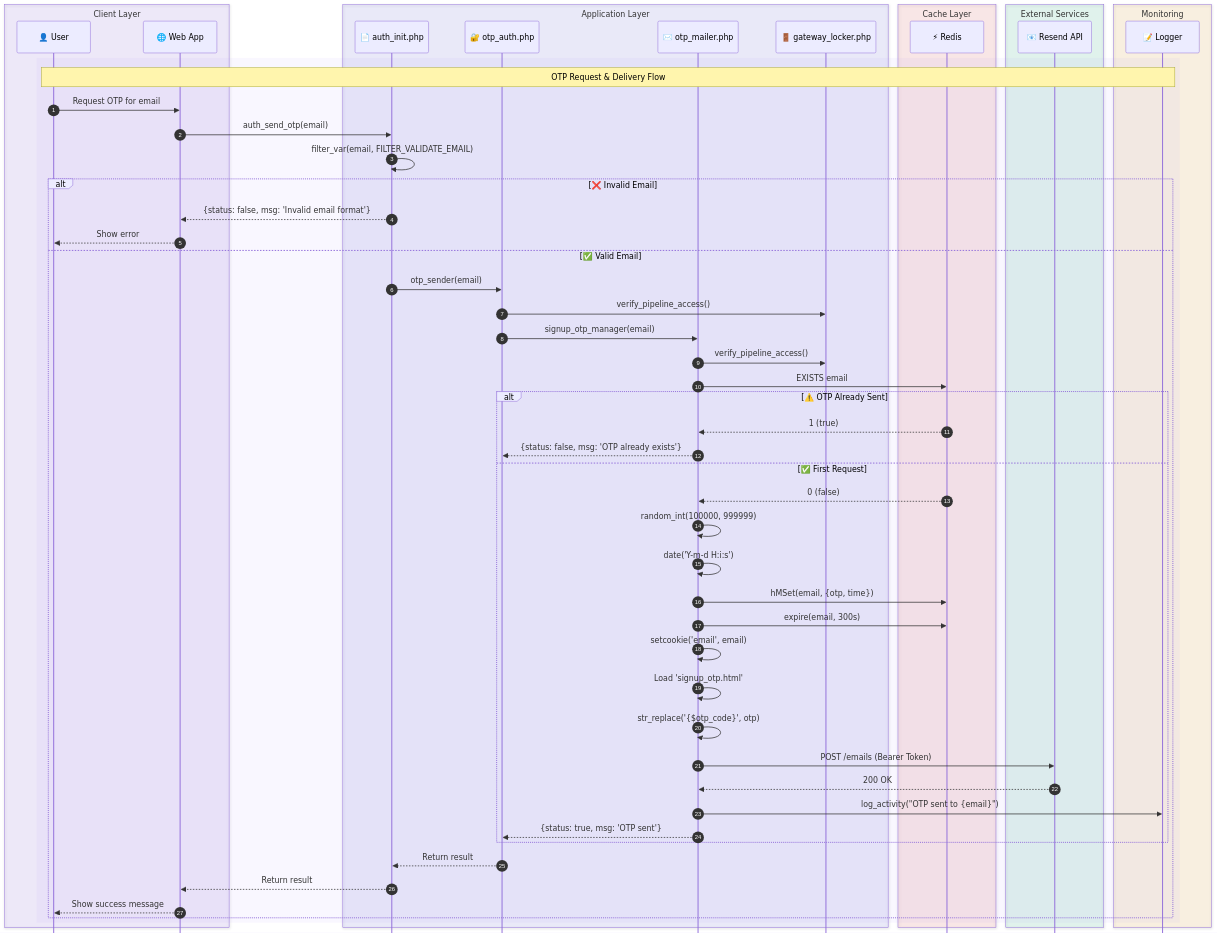
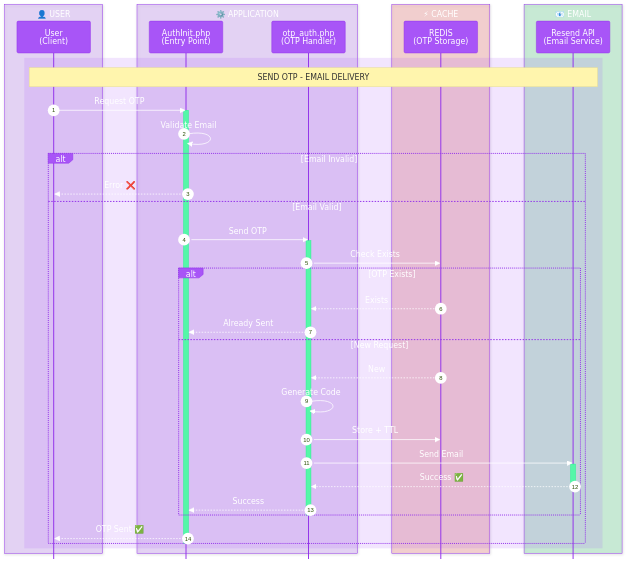
Before and after one commit to Vercodea/auth-core: the second of 8 diagrams in README.md, drawn with Mermaid. The commit also changed other lines of this file, not shown here.

Commit message:
Initial commit: Vercodea Auth Core v1.0.0

````diff
--- a/README.md
+++ b/README.md
@@ -574,74 +581,48 @@
 ```mermaid
-%%{init: {'theme': 'default', 'themeVariables': { 'primaryColor': '#8b5cf6', 'primaryTextColor': '#ffffff', 'primaryBorderColor': '#6d28d9', 'lineColor': '#8b5cf6', 'fontSize': '16px', 'fontFamily': 'arial'}, 'sequence': {'mirrorActors': false}}}%%
+%%{init: {'theme': 'base', 'themeVariables': {'fontSize': '32px', 'fontFamily': 'arial', 'primaryColor': '#a855f7', 'primaryTextColor': '#ffffff', 'primaryBorderColor': '#9333ea', 'lineColor': '#d8b4fe', 'tertiaryColor': '#f3e8ff', 'tertiaryBorderColor': '#d8b4fe', 'tertiaryTextColor': '#581c87'}, 'sequence': {'mirrorActors': false, 'actorMargin': 100, 'actorFontSize': '32px', 'messageFontSize': '32px'}}}%%
 sequenceDiagram
     autonumber
-    box rgb(139, 92, 246, 0.1) Client Layer
-        participant User as 👤 User
-        participant Web as 🌐 Web App
+    box rgb(168, 85, 247, 0.2) 👤 USER
+        participant User as User<br/>(Client)
     end
-    box rgb(99, 102, 241, 0.1) Application Layer
-        participant Auth as 📄 auth_init.php
-        participant OTP as 🔐 otp_auth.php
-        participant Mailer as ✉️ otp_mailer.php
-        participant GW as 🚪 gateway_locker.php
+    box rgb(168, 85, 247, 0.2) ⚙️ APPLICATION
+        participant Auth as AuthInit.php<br/>(Entry Point)
+        participant OTP as otp_auth.php<br/>(OTP Handler)
     end
-    box rgb(239, 68, 68, 0.1) Cache Layer
-        participant Redis as ⚡ Redis
+    box rgb(239, 68, 68, 0.2) ⚡ CACHE
+        participant Redis as REDIS<br/>(OTP Storage)
     end
-    box rgb(16, 185, 129, 0.1) External Services
-        participant Resend as 📧 Resend API
-    end
-    box rgb(245, 158, 11, 0.1) Monitoring
-        participant Logs as 📝 Logger
+    box rgb(34, 197, 94, 0.2) 📧 EMAIL
+        participant Resend as Resend API<br/>(Email Service)
     end
     
-    rect rgb(139, 92, 246, 0.05)
-        Note over User,Logs: OTP Request & Delivery Flow
-        
-        User->>Web: Request OTP for email
-        Web->>Auth: auth_send_otp(email)
-        
-        Auth->>Auth: filter_var(email, FILTER_VALIDATE_EMAIL)
-        
-        alt ❌ Invalid Email
-            Auth-->>Web: {status: false, msg: 'Invalid email format'}
-            Web-->>User: Show error
-        else ✅ Valid Email
-            
-            Auth->>OTP: otp_sender(email)
-            OTP->>GW: verify_pipeline_access()
-            OTP->>Mailer: signup_otp_manager(email)
-            Mailer->>GW: verify_pipeline_access()
-            
-            Mailer->>Redis: EXISTS email
-            
-            alt ⚠️ OTP Already Sent
-                Redis-->>Mailer: 1 (true)
-                Mailer-->>OTP: {status: false, msg: 'OTP already exists'}
-            else ✅ First Request
-                Redis-->>Mailer: 0 (false)
-                
-                Mailer->>Mailer: random_int(100000, 999999)
-                Mailer->>Mailer: date('Y-m-d H:i:s')
-                
-                Mailer->>Redis: hMSet(email, {otp, time})
-                Mailer->>Redis: expire(email, 300s)
-                
-                Mailer->>Mailer: setcookie('email', email)
-                
-                Mailer->>Mailer: Load 'signup_otp.html'
-                Mailer->>Mailer: str_replace('{$otp_code}', otp)
-                
-                Mailer->>Resend: POST /emails (Bearer Token)
-                Resend-->>Mailer: 200 OK
-                
-                Mailer->>Logs: log_activity("OTP sent to {email}")
-                Mailer-->>OTP: {status: true, msg: 'OTP sent'}
+    rect rgb(168, 85, 247, 0.15)
+        Note over User,Resend: SEND OTP - EMAIL DELIVERY
+        User->>Auth: Request OTP
+        activate Auth
+        Auth->>Auth: Validate Email
+        alt Email Invalid
+            Auth-->>User: Error ❌
+        else Email Valid
+            Auth->>OTP: Send OTP
+            activate OTP
+            OTP->>Redis: Check Exists
+            alt OTP Exists
+                Redis-->>OTP: Exists
+                OTP-->>Auth: Already Sent
+            else New Request
+                Redis-->>OTP: New
+                OTP->>OTP: Generate Code
+                OTP->>Redis: Store + TTL
+                OTP->>Resend: Send Email
+                activate Resend
+                Resend-->>OTP: Success ✅
+                deactivate Resend
+                OTP-->>Auth: Success
             end
-            
-            OTP-->>Auth: Return result
-            Auth-->>Web: Return result
-            Web-->>User: Show success message
+            deactivate OTP
+            Auth-->>User: OTP Sent ✅
         end
+        deactivate Auth
     end
 ```
````
